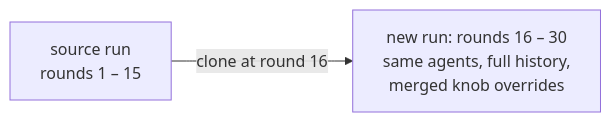
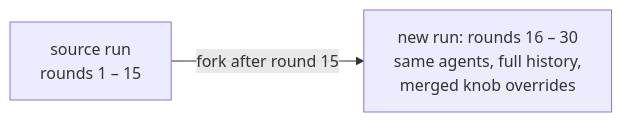
Before and after one commit to agencyenterprise/GlossoGen: the third of 4 diagrams in docs/agent-swaps.md, drawn with Mermaid. The commit also changed other lines of this file and 8 other files, not shown here.

First line of the commit message:
Document fork-at-round and guard the docs targets on mkdocs being installed

````diff
--- a/docs/agent-swaps.md
+++ b/docs/agent-swaps.md
@@ -142,4 +147,4 @@
 ```mermaid
 flowchart LR
-    A["source run<br/>rounds 1 – 15"] -->|"clone at round 16"| B["new run: rounds 16 – 30<br/>same agents, full history,<br/>merged knob overrides"]
+    A["source run<br/>rounds 1 – 15"] -->|"fork after round 15"| B["new run: rounds 16 – 30<br/>same agents, full history,<br/>merged knob overrides"]
 ```
````
